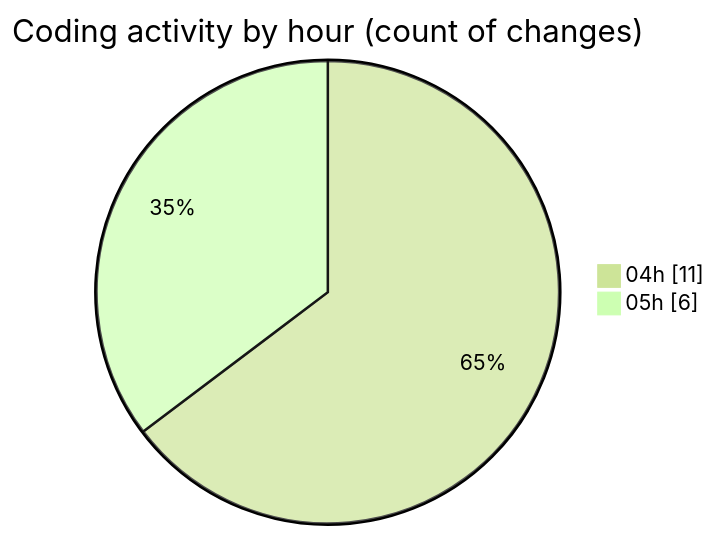
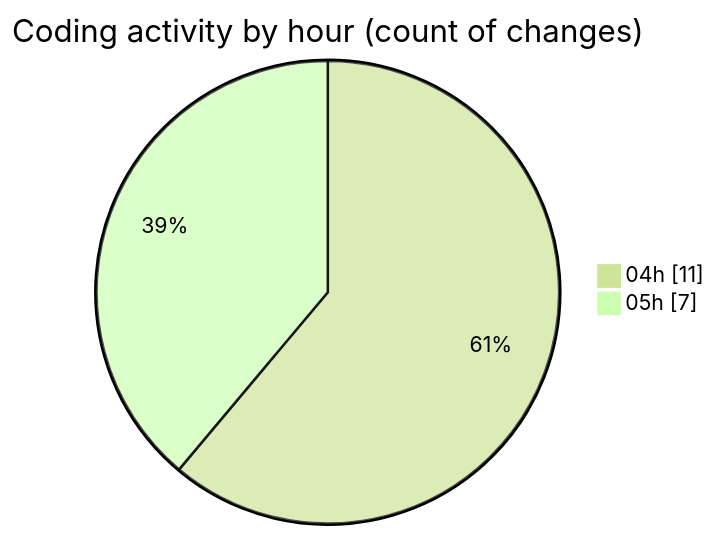
The second of 2 diagrams in 2025-03-27/autodidak/README.md (idhammustaqopulfikri/code-tracking), drawn with Mermaid (forest theme) before and after one commit. The commit also changed other lines of this file and 1 other file, not shown here.

````diff
--- a/2025-03-27/autodidak/README.md
+++ b/2025-03-27/autodidak/README.md
@@ -32,6 +32,6 @@
 ```mermaid
 pie showData
 title Coding activity by hour (count of changes)
 "04h" : 11
-"05h" : 6
+"05h" : 7
 ```
````
